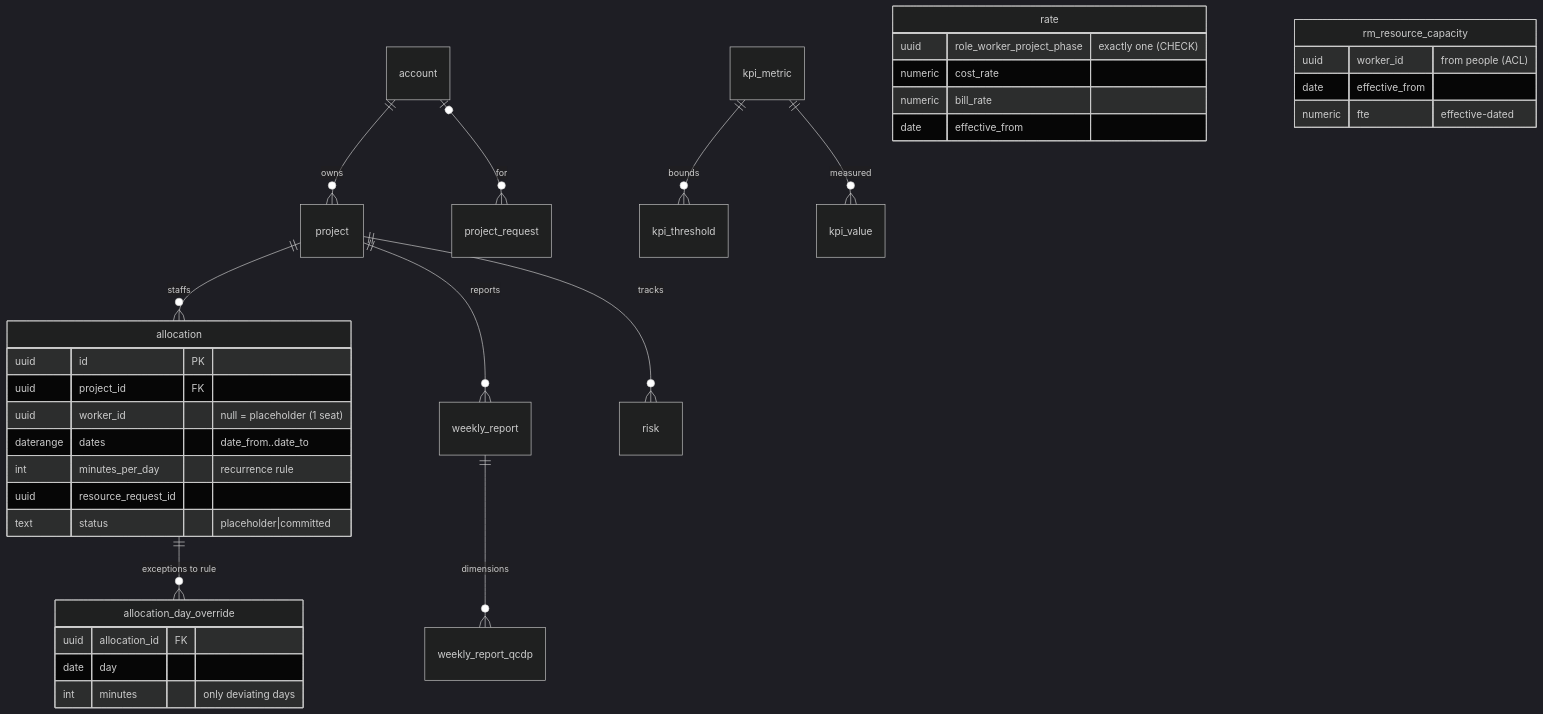
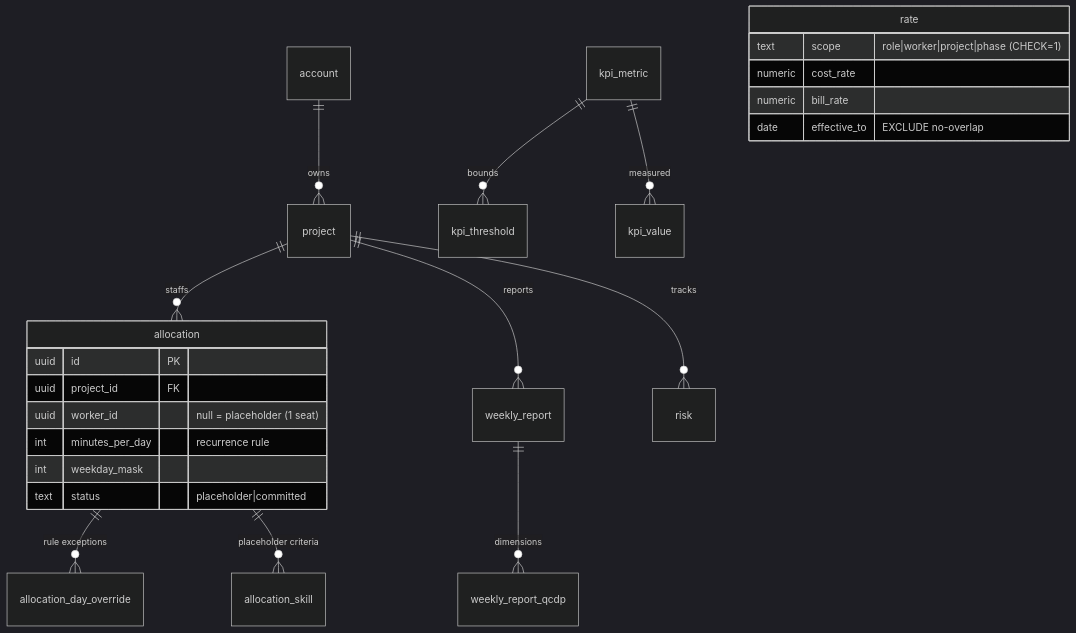
One commit to Seta-International/agent-platform changed the third of 5 diagrams in docs/spike/db-design.md. Above: the diagram before and after it, drawn with Mermaid (dark theme). The commit also changed other lines of this file, not shown here.

First line of the commit message:
docs(spike): update db-design to v3 + refresh mermaid ER diagrams

````diff
--- a/docs/spike/db-design.md
+++ b/docs/spike/db-design.md
@@ -351,37 +393,26 @@
 ```mermaid
 erDiagram
   account ||--o{ project : owns
-  account |o--o{ project_request : for
   project ||--o{ allocation : staffs
-  allocation ||--o{ allocation_day_override : "exceptions to rule"
+  allocation ||--o{ allocation_day_override : "rule exceptions"
+  allocation ||--o{ allocation_skill : "placeholder criteria"
   project ||--o{ weekly_report : reports
   weekly_report ||--o{ weekly_report_qcdp : dimensions
   project ||--o{ risk : tracks
   kpi_metric ||--o{ kpi_threshold : bounds
   kpi_metric ||--o{ kpi_value : measured
   allocation {
     uuid id PK
     uuid project_id FK
     uuid worker_id "null = placeholder (1 seat)"
-    daterange dates "date_from..date_to"
     int minutes_per_day "recurrence rule"
-    uuid resource_request_id
+    int weekday_mask
     text status "placeholder|committed"
   }
-  allocation_day_override {
-    uuid allocation_id FK
-    date day
-    int minutes "only deviating days"
-  }
   rate {
-    uuid role_worker_project_phase "exactly one (CHECK)"
+    text scope "role|worker|project|phase (CHECK=1)"
     numeric cost_rate
     numeric bill_rate
-    date effective_from
-  }
-  rm_resource_capacity {
-    uuid worker_id "from people (ACL)"
-    date effective_from
-    numeric fte "effective-dated"
+    date effective_to "EXCLUDE no-overlap"
   }
 ```
````
